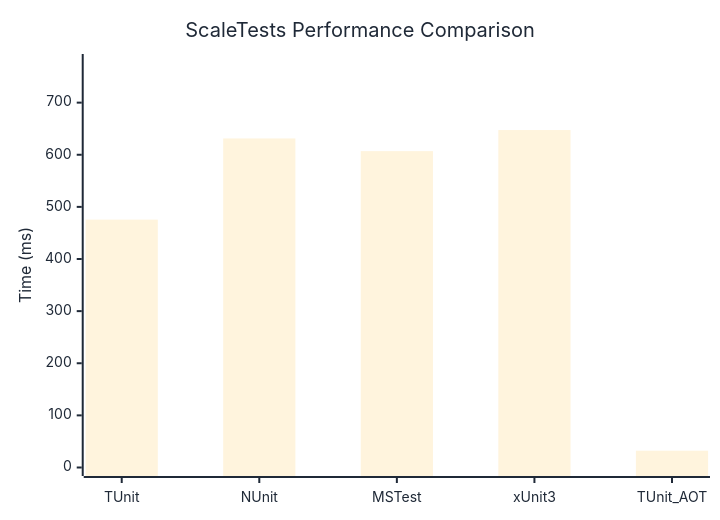
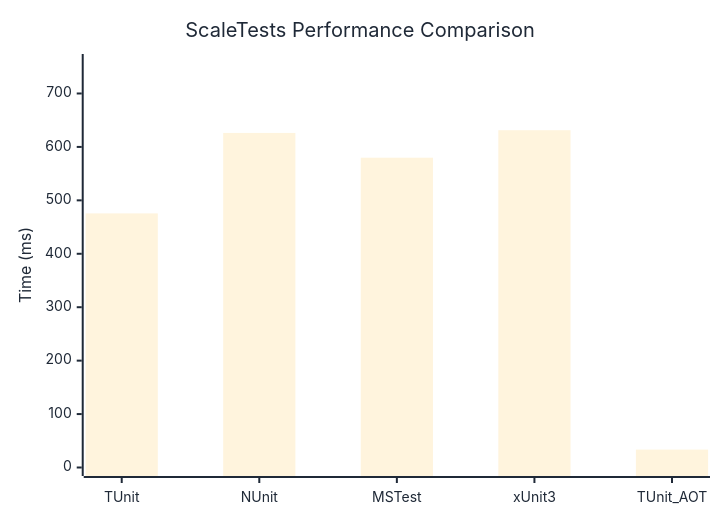
The diagram in docs/docs/benchmarks/ScaleTests.md (thomhurst/TUnit), drawn with Mermaid before and after one commit. The commit also changed other lines of this file and 17 other files, not shown here.

````diff
--- a/docs/docs/benchmarks/ScaleTests.md
+++ b/docs/docs/benchmarks/ScaleTests.md
@@ -27,37 +27,37 @@
 ```mermaid
 %%{init: {
   'theme':'base',
   'themeVariables': {
     'primaryColor': '#2563eb',
     'primaryTextColor': '#1f2937',
     'primaryBorderColor': '#1e40af',
     'lineColor': '#6b7280',
     'secondaryColor': '#7c3aed',
     'tertiaryColor': '#dc2626',
     'background': '#ffffff',
     'mainBkg': '#2563eb',
     'secondBkg': '#7c3aed',
     'tertiaryBkg': '#dc2626',
     'clusterBkg': '#f3f4f6',
     'edgeLabelBackground': '#ffffff',
     'tertiaryTextColor': '#1f2937',
     'pie1': '#2563eb',
     'pie2': '#7c3aed',
     'pie3': '#dc2626',
     'pie4': '#f59e0b',
     'pie5': '#10b981',
     'pie6': '#06b6d4',
     'pie7': '#ec4899',
     'pie8': '#6366f1',
     'pie9': '#84cc16',
     'pie10': '#f97316',
     'pie11': '#14b8a6',
     'pie12': '#a855f7'
   }
 }}%%
 xychart-beta
   title "ScaleTests Performance Comparison"
   x-axis ["TUnit", "NUnit", "MSTest", "xUnit3", "TUnit_AOT"]
-  y-axis "Time (ms)" 0 --> 777
-  bar [475.56, 631.27, 606.98, 647.39, 32.24]
+  y-axis "Time (ms)" 0 --> 758
+  bar [475.59, 626.19, 579.84, 631.28, 33.52]
 ```
````
